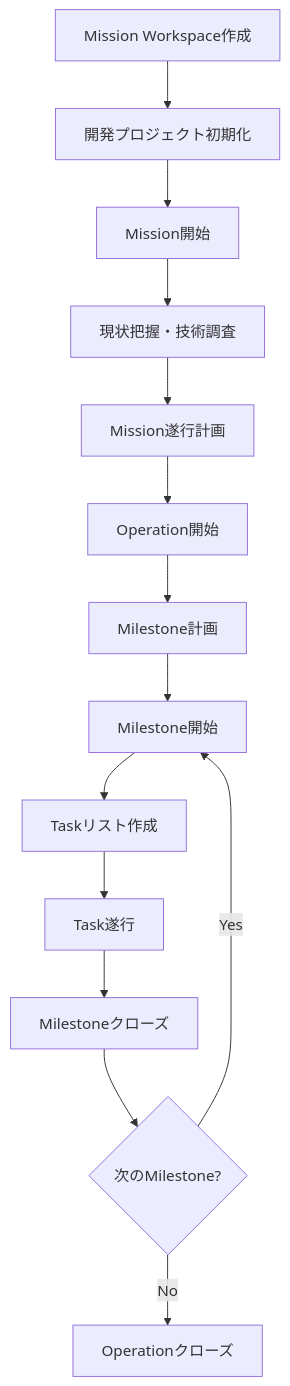
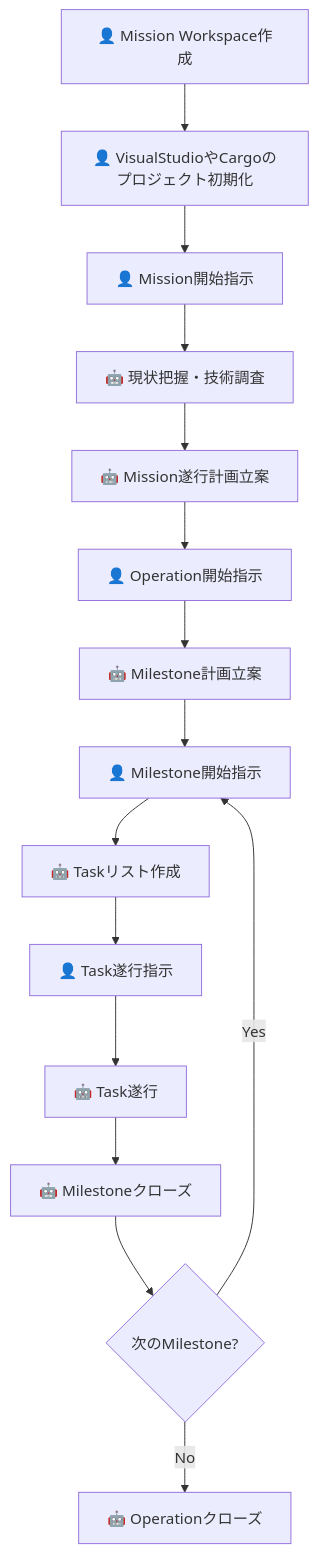
One commit to kwgt/luwiki-engineering-harness changed the second of 4 diagrams in README.md. Above: the diagram before and after it, drawn with Mermaid. The commit also changed 2 other files, not shown here.

Commit message:
記述ミスの修正を行った。

````diff
--- a/README.md
+++ b/README.md
@@ -142,31 +142,35 @@
 ```mermaid
 flowchart TD
-    A["Mission Workspace作成"]
-    B["開発プロジェクト初期化"]
-    C["Mission開始"]
-    D["現状把握・技術調査"]
-    E["Mission遂行計画"]
-    F["Operation開始"]
-    G["Milestone計画"]
-    H["Milestone開始"]
-    I["Taskリスト作成"]
-    J["Task遂行"]
-    K["Milestoneクローズ"]
+    classDef noteclass fill:#fff5ad,stroke:#decc93;
+
+    A["`#128100; Mission Workspace作成`"]
+    B["`#128100; VisualStudioやCargoのプロジェクト初期化`"]
+    C["`#128100; Mission開始指示`"]
+    D["`#129302; 現状把握・技術調査`"]
+    E["`#129302; Mission遂行計画立案`"]
+    F["`#128100; Operation開始指示`"]
+    G["`#129302; Milestone計画立案`"]
+    H["`#128100; Milestone開始指示`"]
+    I["`#129302; Taskリスト作成`"]
+    J["`#128100; Task遂行指示`"]
+    J2["`#129302; Task遂行`"]
+    K["`#129302; Milestoneクローズ`"]
     L{"次のMilestone?"}
-    M["Operationクローズ"]
+    M["`#129302; Operationクローズ`"]
 
 
     A --> B
     B --> C
     C --> D
     D --> E
     E --> F
     F --> G
     G --> H
     H --> I
     I --> J
-    J --> K
+    J --> J2
+    J2 --> K
     K --> L
     L -->|Yes| H
     L -->|No| M
 ```
````
